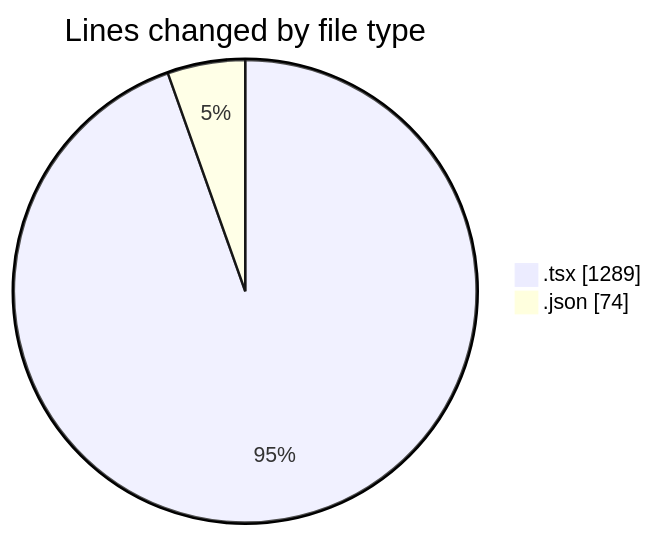
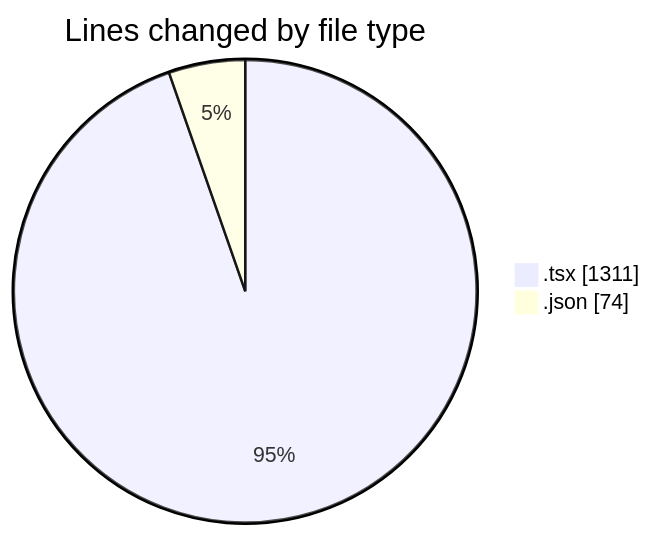
The first of 2 diagrams in 2025-04-08/cda/README.md (momahboobian/code-tracking), drawn with Mermaid before and after one commit. The commit also changed other lines of this file and 1 other file, not shown here.

````diff
--- a/2025-04-08/cda/README.md
+++ b/2025-04-08/cda/README.md
@@ -22,6 +22,6 @@
 ```mermaid
 pie showData
 title Lines changed by file type
-".tsx" : 1289
+".tsx" : 1311
 ".json" : 74
 ```
````
